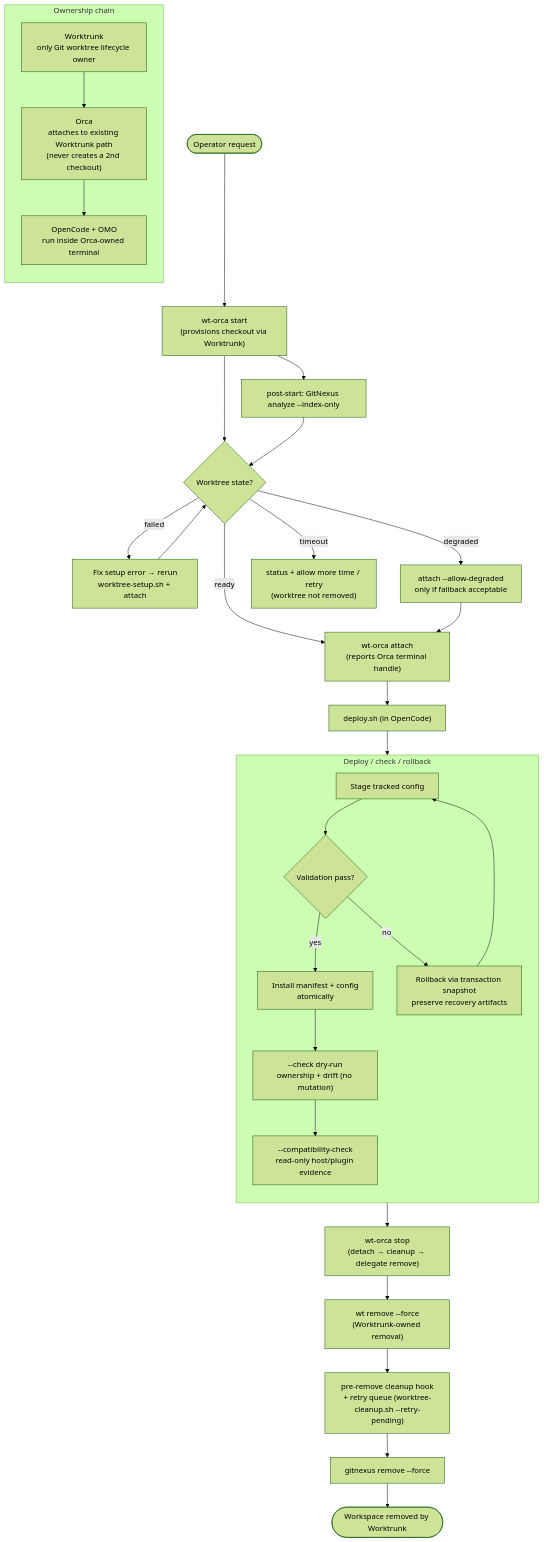
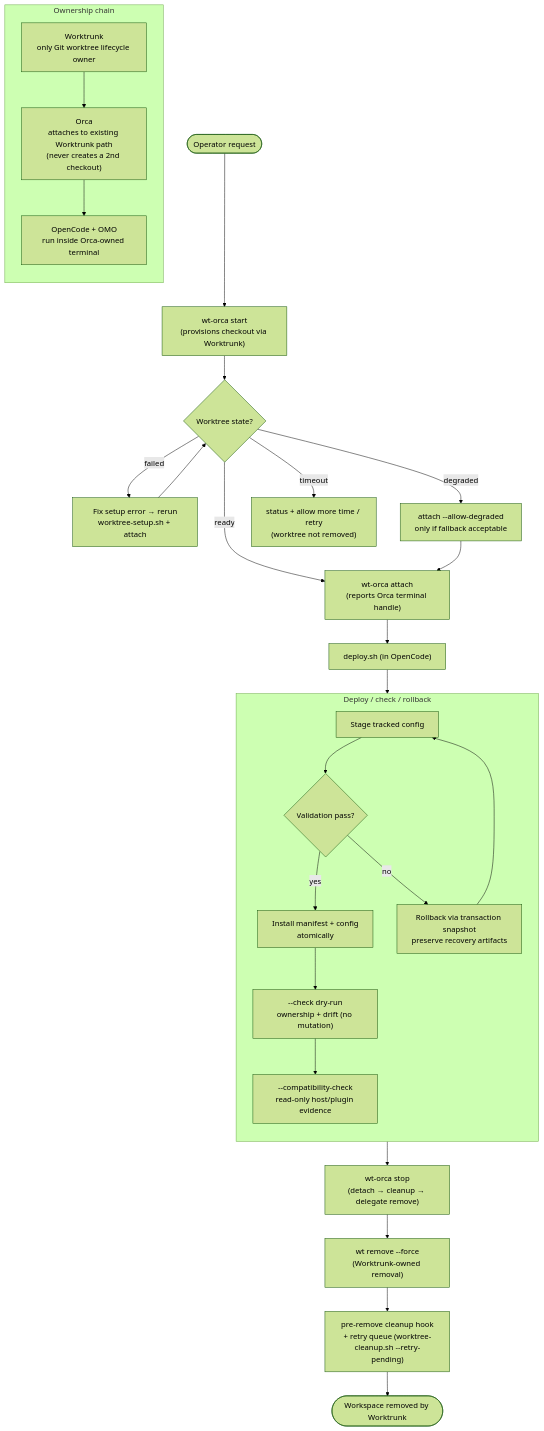
Before and after one commit to guilhermemmb/ai-rules: the diagram in docs/graphs/workspace-lifecycle.mmd, drawn with Mermaid (forest theme). The commit also changed 59 other files, not shown here.

```diff
--- a/docs/graphs/workspace-lifecycle.mmd
+++ b/docs/graphs/workspace-lifecycle.mmd
@@ -1,49 +1,46 @@
 %% Workspace and deployment lifecycle (current behavior)
 %% See docs/workflows.md; source: README.md, deploy.sh
 
 flowchart TD
     START(["Operator request"])
 
     subgraph OWNER["Ownership chain"]
         direction TB
         WT["Worktrunk<br/>only Git worktree lifecycle owner"]
         ORCA["Orca<br/>attaches to existing Worktrunk path<br/>(never creates a 2nd checkout)"]
         OC["OpenCode + OMO<br/>run inside Orca-owned terminal"]
         WT --> ORCA --> OC
     end
 
     START --> PROVISION["wt-orca start<br/>(provisions checkout via Worktrunk)"]
     PROVISION --> READY{"Worktree state?"}
 
-    PROVISION --> INTELLIGENCE["post-start: GitNexus analyze --index-only"]
-    INTELLIGENCE --> READY
 
     READY -->|"ready"| ATTACH["wt-orca attach<br/>(reports Orca terminal handle)"]
     READY -->|"failed"| RETRY["Fix setup error → rerun<br/>worktree-setup.sh + attach"]
     READY -->|"degraded"| DEGRADED["attach --allow-degraded<br/>only if fallback acceptable"]
     READY -->|"timeout"| TIMEOUT["status + allow more time / retry<br/>(worktree not removed)"]
     RETRY --> READY
     DEGRADED --> ATTACH
     ATTACH --> DEPLOY["deploy.sh (in OpenCode)"]
 
     subgraph DEPLOYLOOP["Deploy / check / rollback"]
         direction TB
         D1["Stage tracked config"]
         D2{"Validation pass?"}
         D3["Install manifest + config<br/>atomically"]
         D4["Rollback via transaction snapshot<br/>preserve recovery artifacts"]
         D5["--check dry-run<br/>ownership + drift (no mutation)"]
         D6["--compatibility-check<br/>read-only host/plugin evidence"]
     end
 
     DEPLOY --> D1 --> D2
     D2 -->|"yes"| D3
     D2 -->|"no"| D4
     D4 --> D1
     D3 --> D5 --> D6
 
     D6 --> DETACH["wt-orca stop<br/>(detach → cleanup → delegate remove)"]
     DETACH --> REMOVE["wt remove --force<br/>(Worktrunk-owned removal)"]
     REMOVE --> CLEANUP["pre-remove cleanup hook<br/>+ retry queue (worktree-cleanup.sh --retry-pending)"]
-    CLEANUP --> INTEL_CLEAN["gitnexus remove --force"]
-    INTEL_CLEAN --> DONE(["Workspace removed by Worktrunk"])
+    CLEANUP --> DONE(["Workspace removed by Worktrunk"])
```
